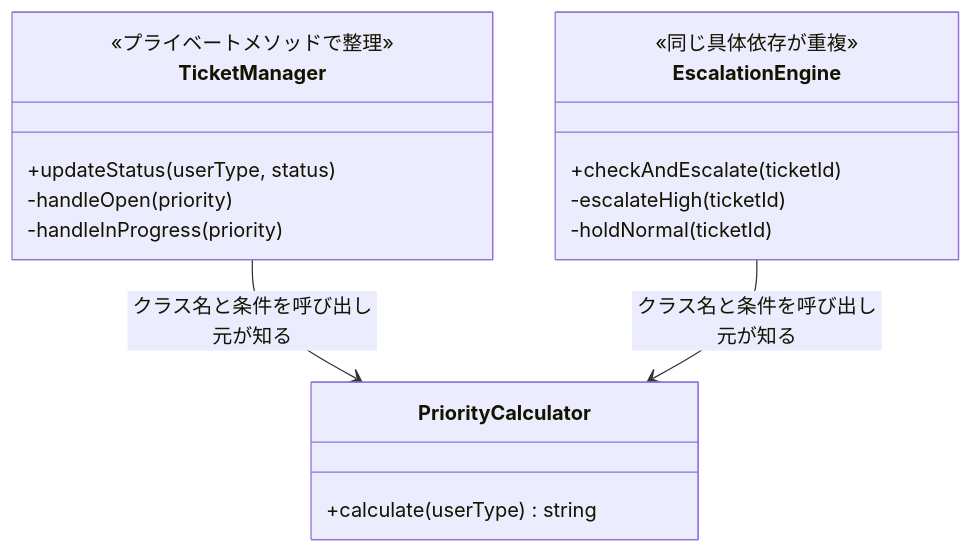
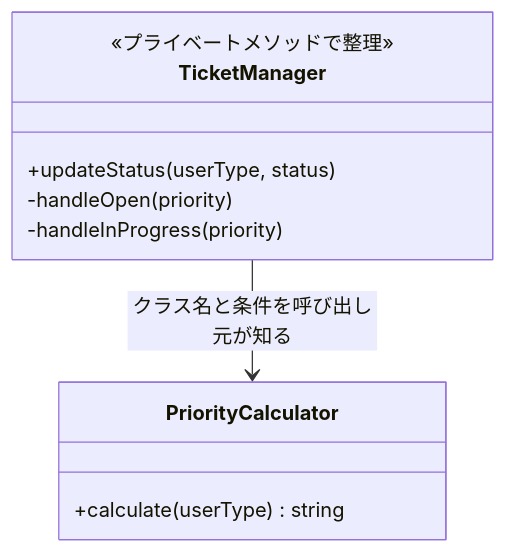
The fourth of 11 diagrams in kindle/design-patterns/output/chapter09_2.md (kumachan1101-pixel/DesignPattern), drawn with Mermaid before and after one commit. The commit also changed other lines of this file and 7 other files, not shown here.

````diff
--- a/kindle/design-patterns/output/chapter09_2.md
+++ b/kindle/design-patterns/output/chapter09_2.md
@@ -471,20 +465,13 @@
 ```mermaid
 classDiagram
     class TicketManager {
         <<プライベートメソッドで整理>>
         +updateStatus(userType, status)
         -handleOpen(priority)
         -handleInProgress(priority)
     }
-    class EscalationEngine {
-        <<同じ具体依存が重複>>
-        +checkAndEscalate(ticketId)
-        -escalateHigh(ticketId)
-        -holdNormal(ticketId)
-    }
     class PriorityCalculator {
         +calculate(userType) string
     }
     TicketManager --> PriorityCalculator : クラス名と条件を呼び出し元が知る
-    EscalationEngine --> PriorityCalculator : クラス名と条件を呼び出し元が知る
 ```
````
